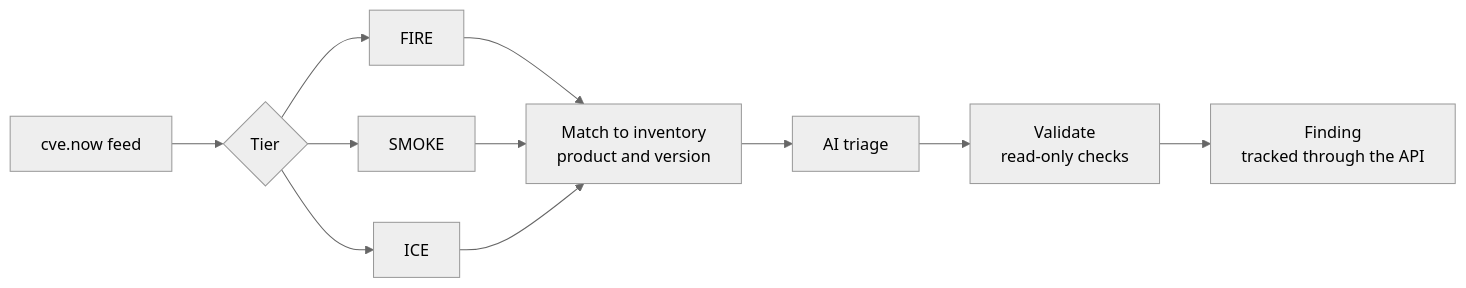
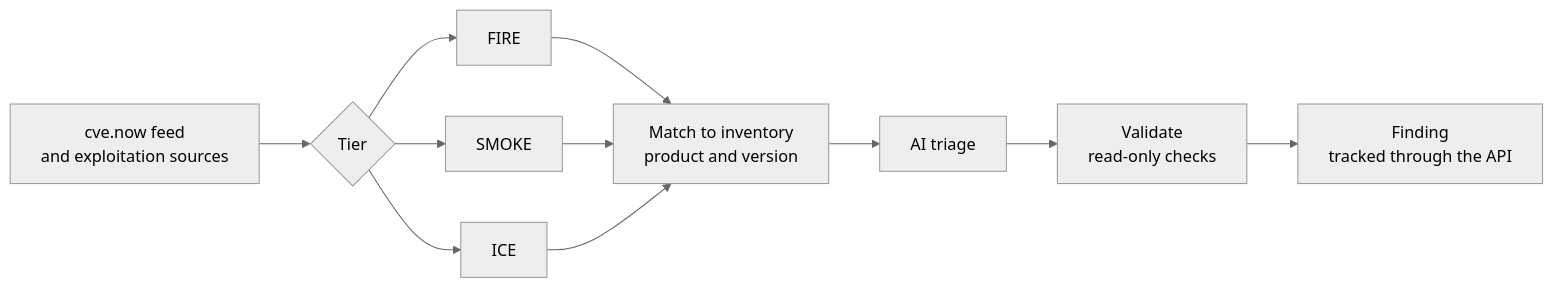
Before and after one commit to hevnsnt/CVEngine: the second of 2 diagrams in README.md, drawn with Mermaid (neutral theme). The commit also changed other lines of this file and 15 other files, not shown here.

````diff
--- a/README.md
+++ b/README.md
@@ -95,13 +85,13 @@
 ```mermaid
 flowchart LR
-    F["cve.now feed"] --> T{"Tier"}
+    F["cve.now feed<br/>and exploitation sources"] --> T{"Tier"}
     T --> FIRE["FIRE"]
     T --> SMOKE["SMOKE"]
     T --> ICE["ICE"]
     FIRE --> M["Match to inventory<br/>product and version"]
     SMOKE --> M
     ICE --> M
     M --> V["AI triage"]
     V --> X["Validate<br/>read-only checks"]
     X --> OUT["Finding<br/>tracked through the API"]
 ```
````
